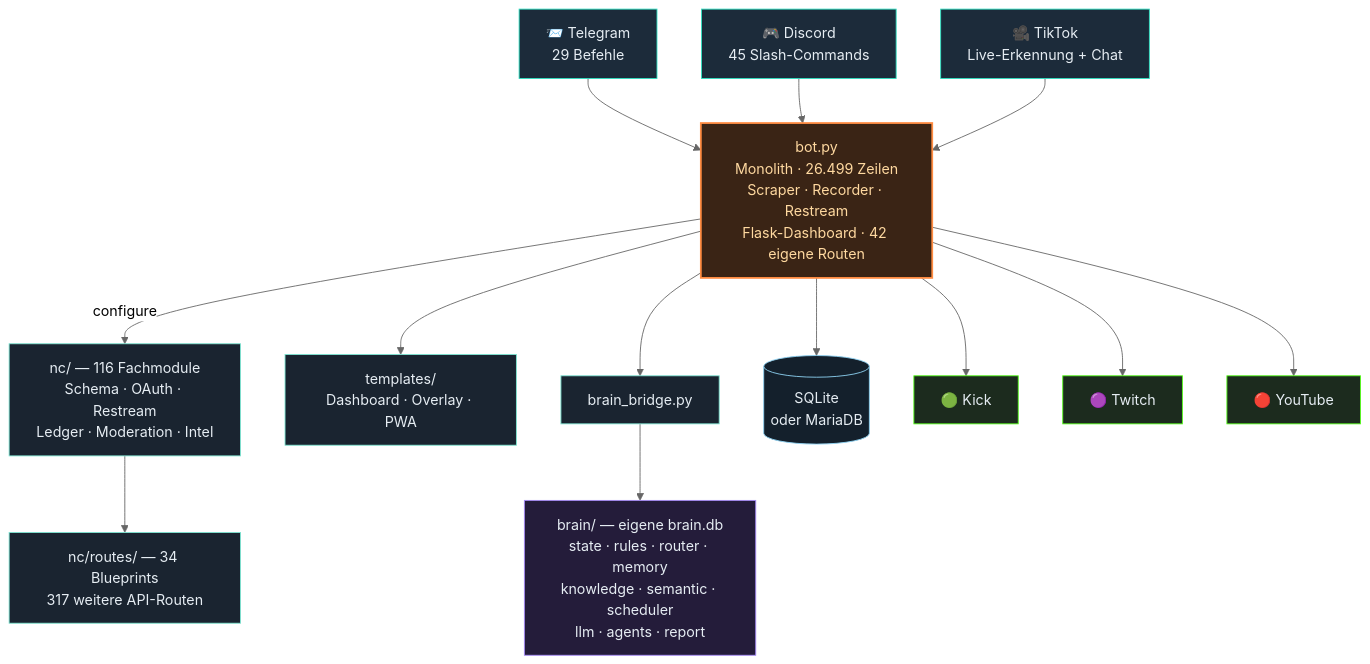
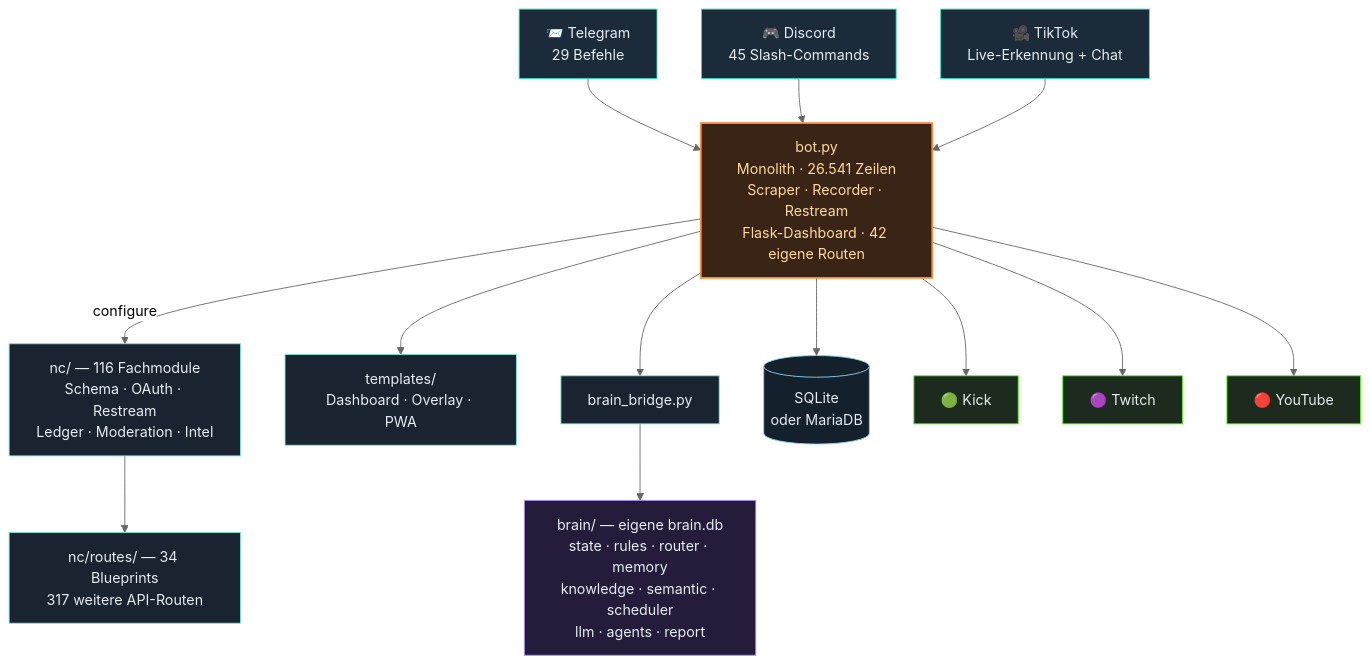
Before and after one commit to itsamemedev/Telegram-Stream-Info-Bot: the third of 4 diagrams in README.md, drawn with Mermaid (neutral theme). The commit also changed other lines of this file and 7 other files, not shown here.

````diff
--- a/README.md
+++ b/README.md
@@ -189,30 +189,30 @@
 ```mermaid
 flowchart TB
     TG["📨 Telegram<br/>29 Befehle"]:::ein
     DC["🎮 Discord<br/>45 Slash-Commands"]:::ein
     TT["🎥 TikTok<br/>Live-Erkennung + Chat"]:::ein
 
     TG --> BOT
     DC --> BOT
     TT --> BOT
 
-    BOT["bot.py<br/>Monolith · 26.499 Zeilen<br/>Scraper · Recorder · Restream<br/>Flask-Dashboard · 42 eigene Routen"]:::core
+    BOT["bot.py<br/>Monolith · 26.541 Zeilen<br/>Scraper · Recorder · Restream<br/>Flask-Dashboard · 42 eigene Routen"]:::core
 
     BOT -->|configure| NC["nc/ — 116 Fachmodule<br/>Schema · OAuth · Restream<br/>Ledger · Moderation · Intel"]:::lib
     NC --> RT["nc/routes/ — 34 Blueprints<br/>317 weitere API-Routen"]:::lib
     BOT --> TPL["templates/<br/>Dashboard · Overlay · PWA"]:::lib
     BOT --> BR["brain_bridge.py"]:::lib
     BR --> BRAIN["brain/ — eigene brain.db<br/>state · rules · router · memory<br/>knowledge · semantic · scheduler<br/>llm · agents · report"]:::brain
     BOT --> DB[("SQLite<br/>oder MariaDB")]:::db
 
     BOT --> KICK["🟢 Kick"]:::out
     BOT --> TW["🟣 Twitch"]:::out
     BOT --> YT["🔴 YouTube"]:::out
 
     classDef ein fill:#1c2b3a,stroke:#2de1c2,color:#e6edf3
     classDef core fill:#3a2415,stroke:#ff8c42,stroke-width:2px,color:#ffd9a0
     classDef lib fill:#1a2430,stroke:#7fe7d4,color:#e6edf3
     classDef brain fill:#241c3a,stroke:#a78bfa,color:#e6edf3
     classDef db fill:#14202c,stroke:#8fd3f4,color:#e6edf3
     classDef out fill:#1c2b1e,stroke:#53fc18,color:#e6edf3
 ```
````
